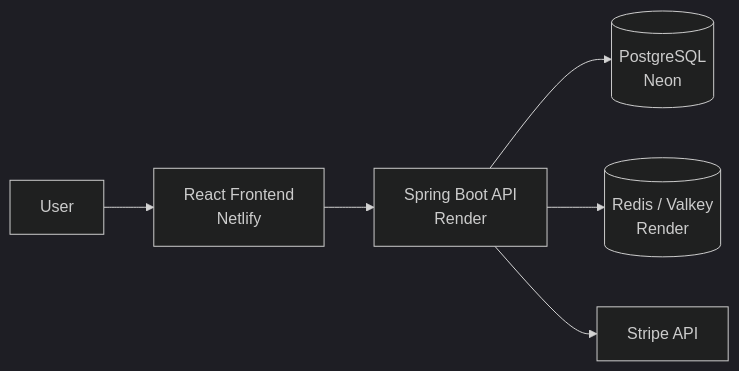
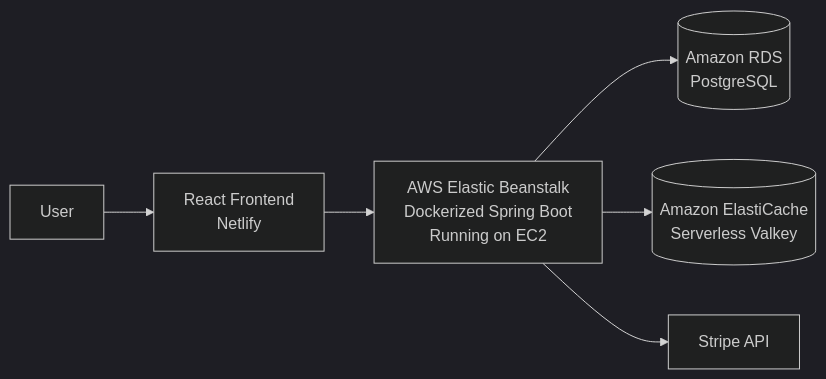
One commit to Dhanno98/Ecommerce-Backend changed the second of 10 diagrams in README.md. Above: the diagram before and after it, drawn with Mermaid (dark theme). The commit also changed other lines of this file and 9 other files, not shown here.

````diff
--- a/README.md
+++ b/README.md
@@ -237,22 +245,22 @@
 ```mermaid
 flowchart LR
 
     User["User"]
 
     Frontend["React Frontend<br/>Netlify"]
 
-    Backend["Spring Boot API<br/>Render"]
+    Backend["AWS Elastic Beanstalk<br/>Dockerized Spring Boot<br/>Running on EC2"]
 
-    Database[("PostgreSQL<br/>Neon")]
+    Database[("Amazon RDS<br/>PostgreSQL")]
 
-    Cache[("Redis / Valkey<br/>Render")]
+    Cache[("Amazon ElastiCache<br/>Serverless Valkey")]
 
     Stripe["Stripe API"]
 
     User --> Frontend
     Frontend --> Backend
 
     Backend --> Database
     Backend --> Cache
     Backend --> Stripe
 ```
````
